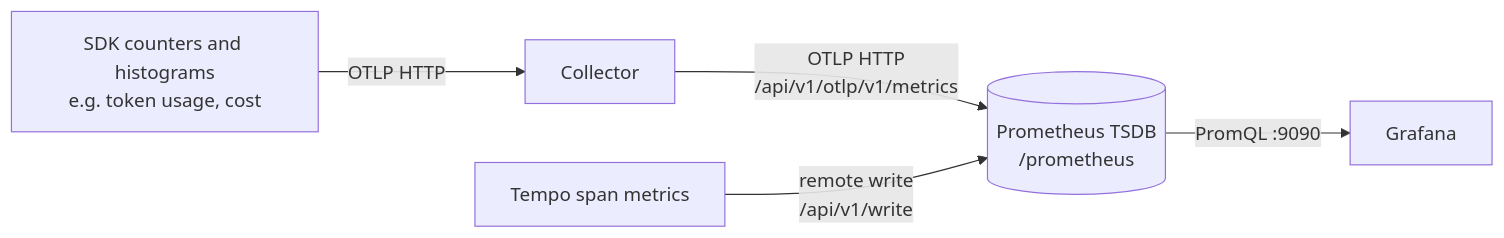
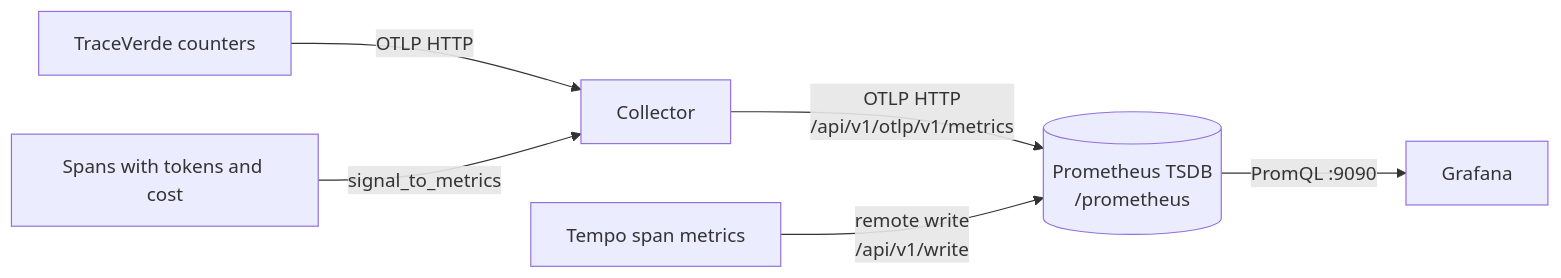
Before and after one commit to albert-schilling/AMLE: the third of 5 diagrams in ticket-classifier/monitoring/README.md, drawn with Mermaid. The commit also changed other lines of this file and 20 other files, not shown here.

Commit message:
adds ticket spans, LLM metrics, Grafana dashboards and log privacy filters

````diff
--- a/ticket-classifier/monitoring/README.md
+++ b/ticket-classifier/monitoring/README.md
@@ -97,7 +238,8 @@
 ```mermaid
 flowchart LR
-    A["SDK counters and histograms<br/>e.g. token usage, cost"] -- "OTLP HTTP" --> B["Collector"]
+    A["TraceVerde counters"] -- "OTLP HTTP" --> B["Collector"]
+    S["Spans with tokens and cost"] -- "signal_to_metrics" --> B
     B -- "OTLP HTTP<br/>/api/v1/otlp/v1/metrics" --> C[("Prometheus TSDB<br/>/prometheus")]
     T["Tempo span metrics"] -- "remote write<br/>/api/v1/write" --> C
     C -- "PromQL :9090" --> D["Grafana"]
 ```
````
